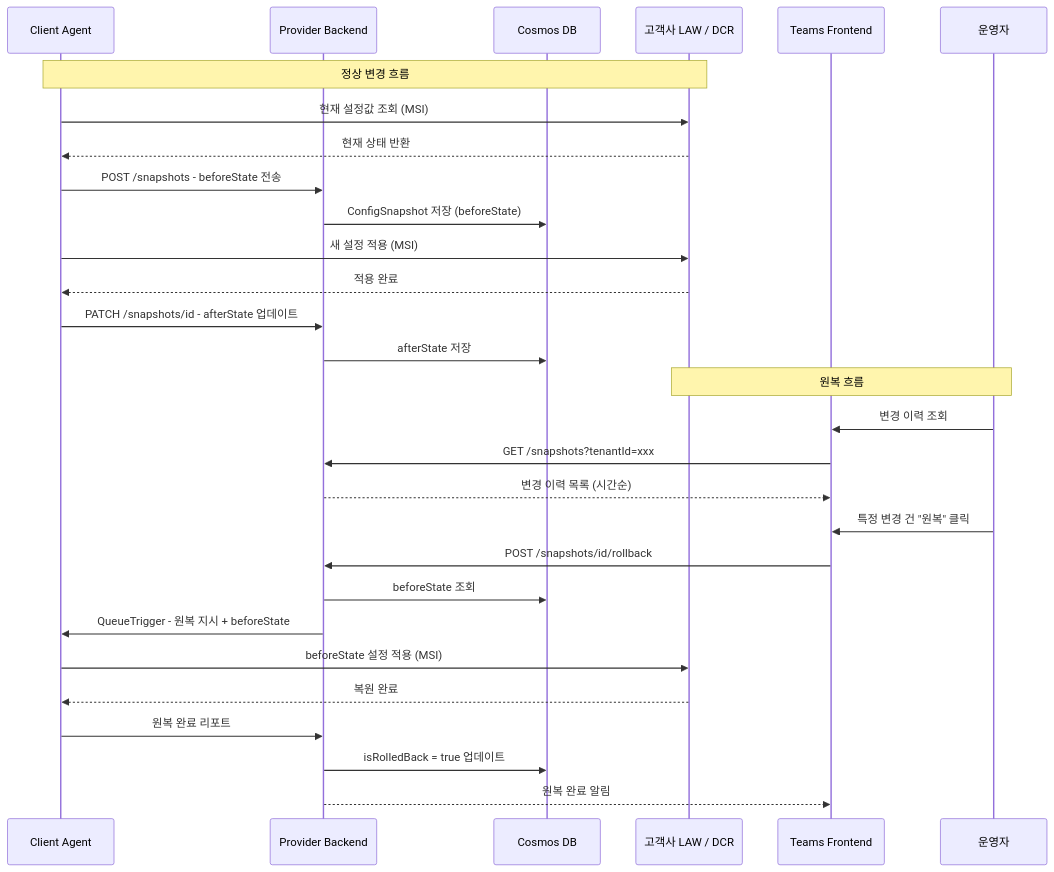
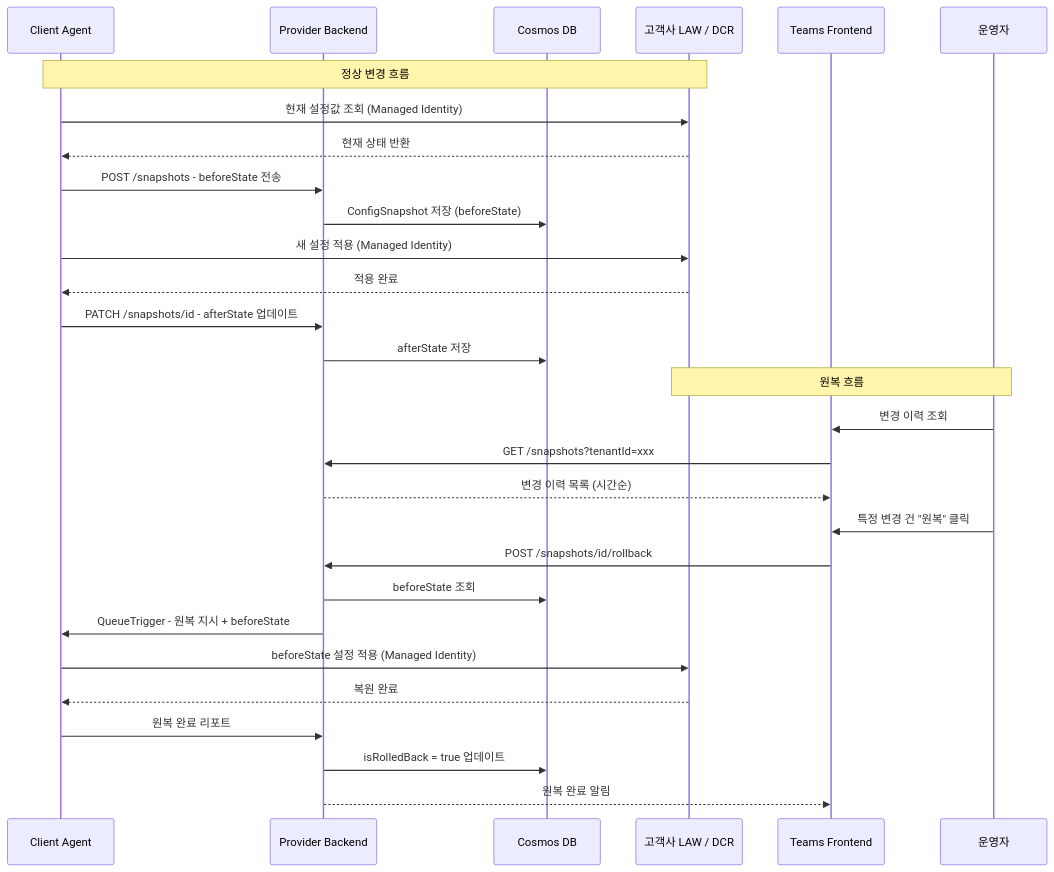
Before and after one commit to chjcmy/study: diagram 27 of 30 in azure/projects/log-doctor-plan.md, drawn with Mermaid. The commit also changed other lines of this file and 2 other files, not shown here.

````diff
--- a/azure/projects/log-doctor-plan.md
+++ b/azure/projects/log-doctor-plan.md
@@ -1189,39 +1189,39 @@
 ```mermaid
 sequenceDiagram
     participant Agent as Client Agent
     participant PB as Provider Backend
     participant DB as Cosmos DB
     participant LAW as 고객사 LAW / DCR
     participant Teams as Teams Frontend
     participant Admin as 운영자
 
     Note over Agent, LAW: 정상 변경 흐름
-    Agent->>LAW: 현재 설정값 조회 (MSI)
+    Agent->>LAW: 현재 설정값 조회 (Managed Identity)
     LAW-->>Agent: 현재 상태 반환
 
     Agent->>PB: POST /snapshots - beforeState 전송
     PB->>DB: ConfigSnapshot 저장 (beforeState)
 
-    Agent->>LAW: 새 설정 적용 (MSI)
+    Agent->>LAW: 새 설정 적용 (Managed Identity)
     LAW-->>Agent: 적용 완료
 
     Agent->>PB: PATCH /snapshots/id - afterState 업데이트
     PB->>DB: afterState 저장
 
     Note over Admin, LAW: 원복 흐름
     Admin->>Teams: 변경 이력 조회
     Teams->>PB: GET /snapshots?tenantId=xxx
     PB-->>Teams: 변경 이력 목록 (시간순)
 
     Admin->>Teams: 특정 변경 건 "원복" 클릭
     Teams->>PB: POST /snapshots/id/rollback
 
     PB->>DB: beforeState 조회
     PB->>Agent: QueueTrigger - 원복 지시 + beforeState
-    Agent->>LAW: beforeState 설정 적용 (MSI)
+    Agent->>LAW: beforeState 설정 적용 (Managed Identity)
     LAW-->>Agent: 복원 완료
 
     Agent->>PB: 원복 완료 리포트
     PB->>DB: isRolledBack = true 업데이트
     PB-->>Teams: 원복 완료 알림
 ```
````
